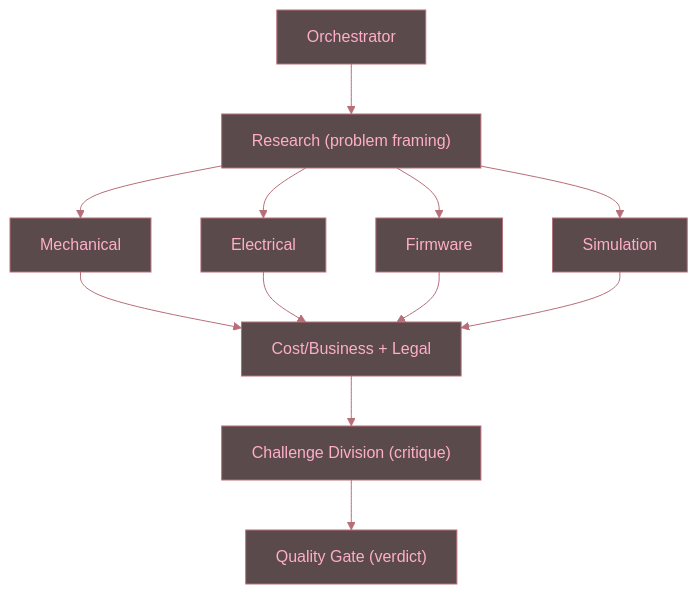
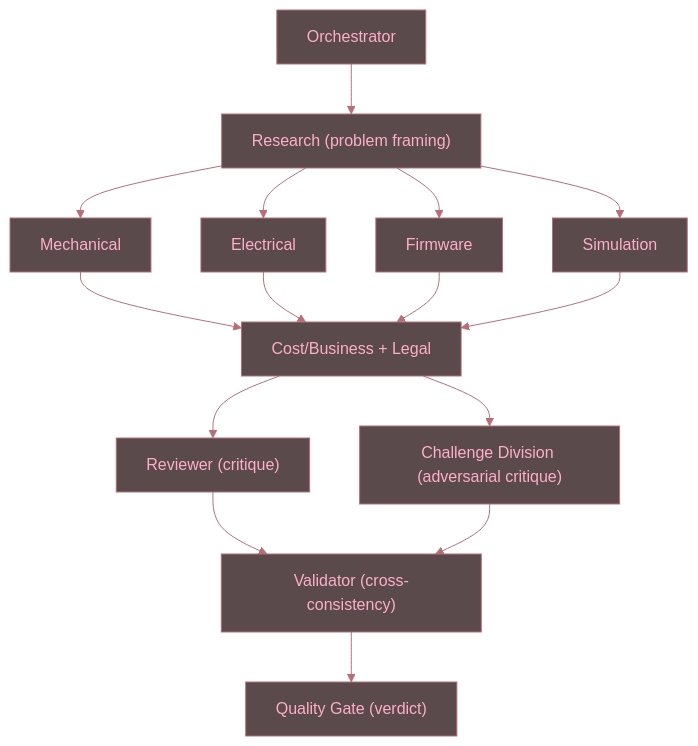
Before and after one commit to psi16181918161phi/engineering-studio-ai: the diagram in README.md, drawn with Mermaid. The commit also changed other lines of this file, not shown here.

Commit message:
Fix README architecture diagram and layout table to match orchestrator.py

````diff
--- a/README.md
+++ b/README.md
@@ -30,24 +30,27 @@
 ```mermaid
 %%{init: {'theme': 'base', 'themeVariables': {
   'background': '#000000',
   'primaryColor': '#5A4A4C',
   'primaryTextColor': '#FFAEC9',
   'primaryBorderColor': '#B76E79',
   'lineColor': '#B76E79',
   'secondaryColor': '#5A4A4C',
   'tertiaryColor': '#000000',
   'fontFamily': 'inherit'
 }}}%%
 flowchart TD
     O["Orchestrator"] --> R["Research (problem framing)"]
     R --> M["Mechanical"]
     R --> E["Electrical"]
     R --> F["Firmware"]
     R --> S["Simulation"]
     M --> CB["Cost/Business + Legal"]
     E --> CB
     F --> CB
     S --> CB
-    CB --> CD["Challenge Division (critique)"]
-    CD --> QG["Quality Gate (verdict)"]
+    CB --> RV["Reviewer (critique)"]
+    CB --> CD["Challenge Division (adversarial critique)"]
+    RV --> VA["Validator (cross-consistency)"]
+    CD --> VA
+    VA --> QG["Quality Gate (verdict)"]
 ```
````
